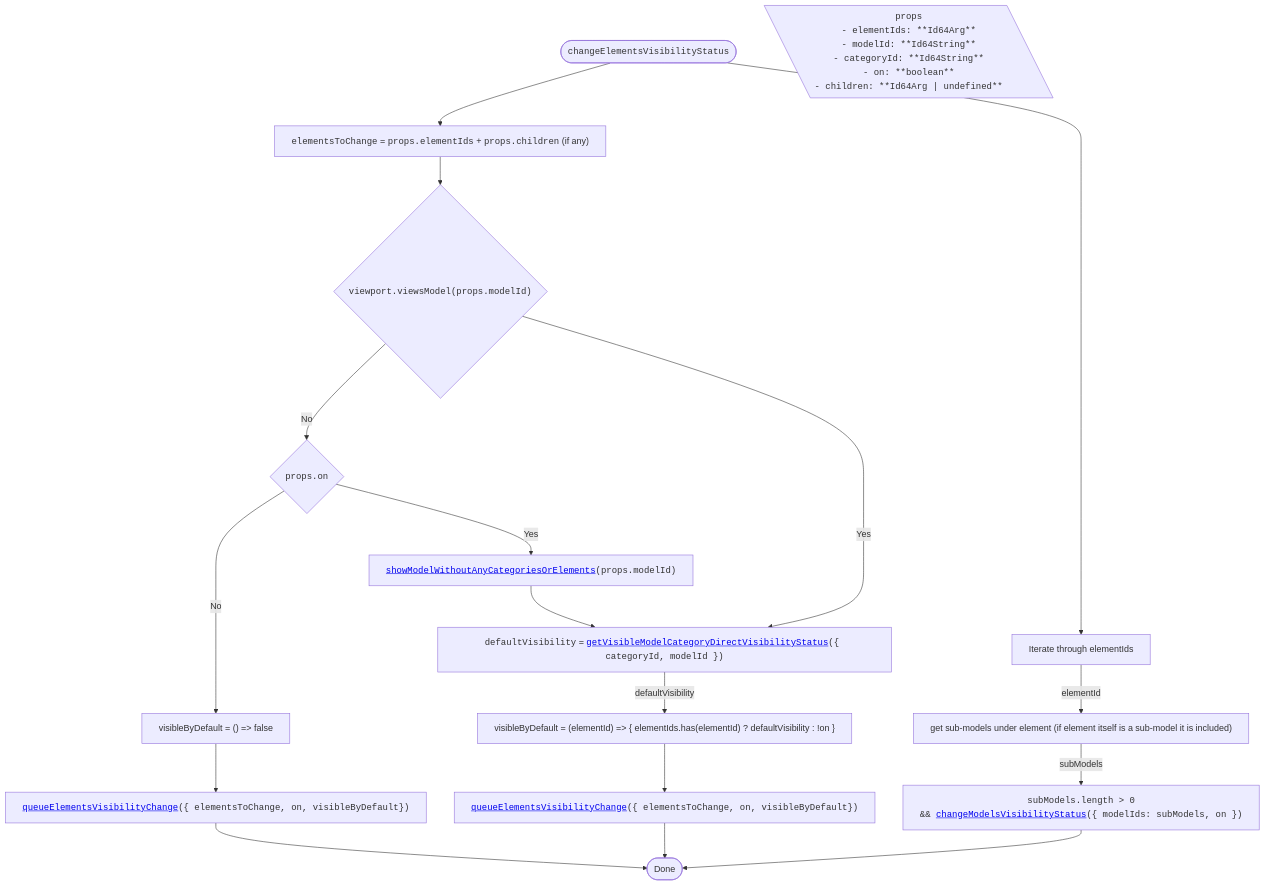
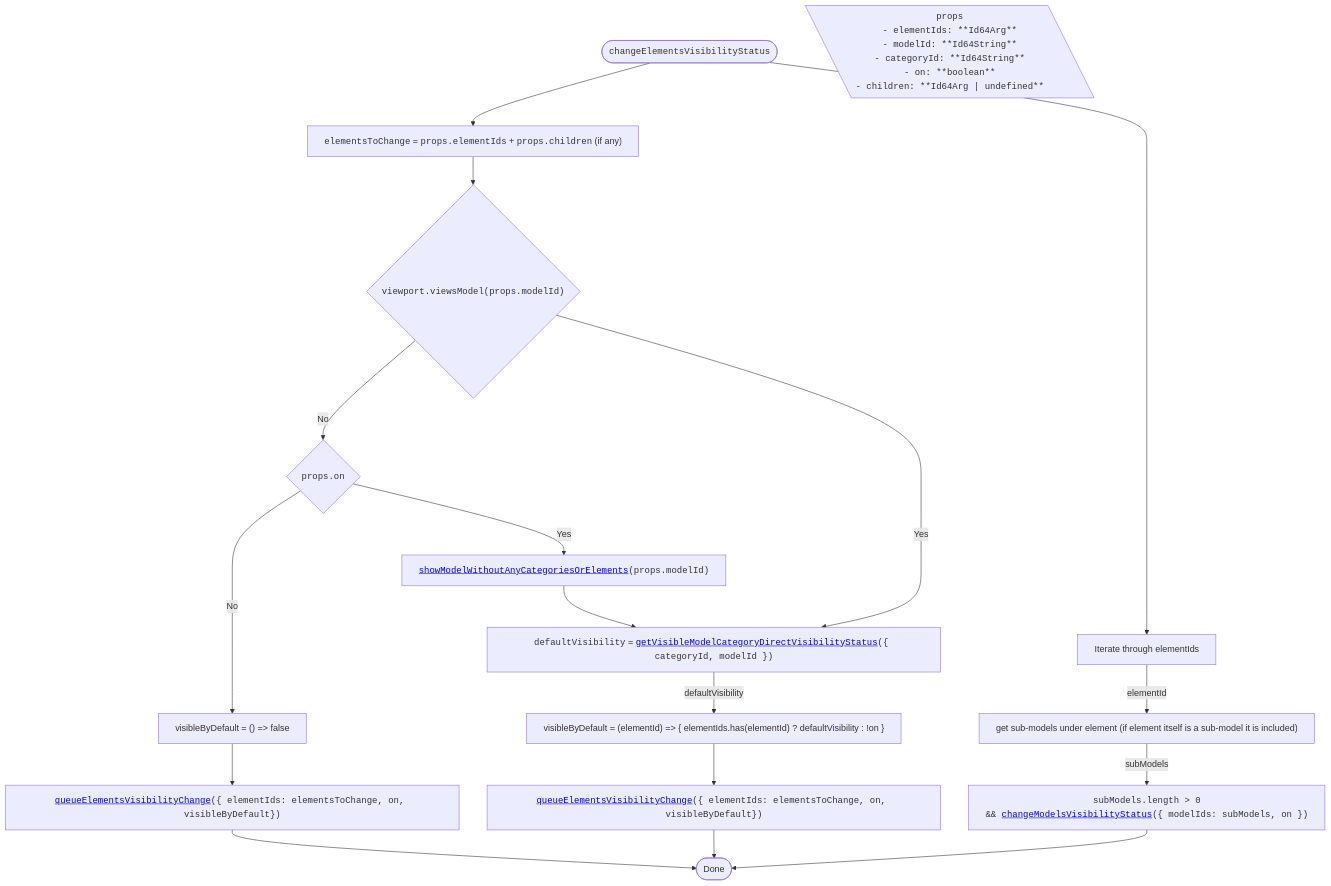
The tenth of 14 diagrams in packages/itwin/tree-widget/docs/SharedVisibilityHandling.md (iTwin/viewer-components-react), drawn with Mermaid before and after one commit.

Commit message:
Potential fix for pull request finding

````diff
--- a/packages/itwin/tree-widget/docs/SharedVisibilityHandling.md
+++ b/packages/itwin/tree-widget/docs/SharedVisibilityHandling.md
@@ -607,42 +607,42 @@
 ```mermaid
 ---
 config:
   flowchart:
     wrappingWidth: 750
     useMaxWidth: false
 ---
 
 flowchart TD
   RESULT_Done([Done])
 
   %% Start
   TITLE(["<code>changeElementsVisibilityStatus</code>"]) --> A["<code>elementsToChange</code> = <code>props.elementIds</code> + <code>props.children</code> (if any)"]
 
   PROPS[\"
     <code>props</code>
     <code style='text-align: left;'>- elementIds: **Id64Arg**<br/>- modelId: **Id64String**<br/>- categoryId: **Id64String**<br/>- on: **boolean**<br/>- children: **Id64Arg | undefined**</code>
   "\]
 
   A --> B{"<code>viewport.viewsModel(props.modelId)</code>"}
 
   %% Model not visible
   B -- No --> C{"<code>props.on</code>"}
   C -- No --> D["visibleByDefault = () => false"]
-  D --> D1["<code><a href='#queueelementsvisibilitychange'>queueElementsVisibilityChange</a>({ elementsToChange, on, visibleByDefault})</code>"]
+  D --> D1["<code><a href='#queueelementsvisibilitychange'>queueElementsVisibilityChange</a>({ elementIds: elementsToChange, on, visibleByDefault})</code>"]
   C -- Yes --> E["<code><a href='#showmodelwithoutanycategoriesorelements'>showModelWithoutAnyCategoriesOrElements</a>(props.modelId)</code>"]
   E --> F["<code>defaultVisibility</code> = <code><a href='#getvisiblemodelcategorydirectvisibilitystatus'>getVisibleModelCategoryDirectVisibilityStatus</a>({ categoryId, modelId })</code>"]
   B -- Yes --> F
   F -- defaultVisibility --> G1["visibleByDefault = (elementId) => { elementIds.has(elementId) ? defaultVisibility : !on }"]
 
-  G1 --> G2["<code><a href='#queueelementsvisibilitychange'>queueElementsVisibilityChange</a>({ elementsToChange, on, visibleByDefault})</code>"]
+  G1 --> G2["<code><a href='#queueelementsvisibilitychange'>queueElementsVisibilityChange</a>({ elementIds: elementsToChange, on, visibleByDefault})</code>"]
 
   %% Sub-models (runs concurrently)
   TITLE --> J["Iterate through elementIds"]
 
   J -- elementId --> K["get sub-models under element (if element itself is a sub-model it is included)"]
   K -- subModels --> L["<code> subModels.length > 0 <br/> && <a href='#changemodelsvisibilitystatus'>changeModelsVisibilityStatus</a>({ modelIds: subModels, on })</code>"]
 
   D1 --> RESULT_Done
   G2 --> RESULT_Done
   L --> RESULT_Done
 ```
````
